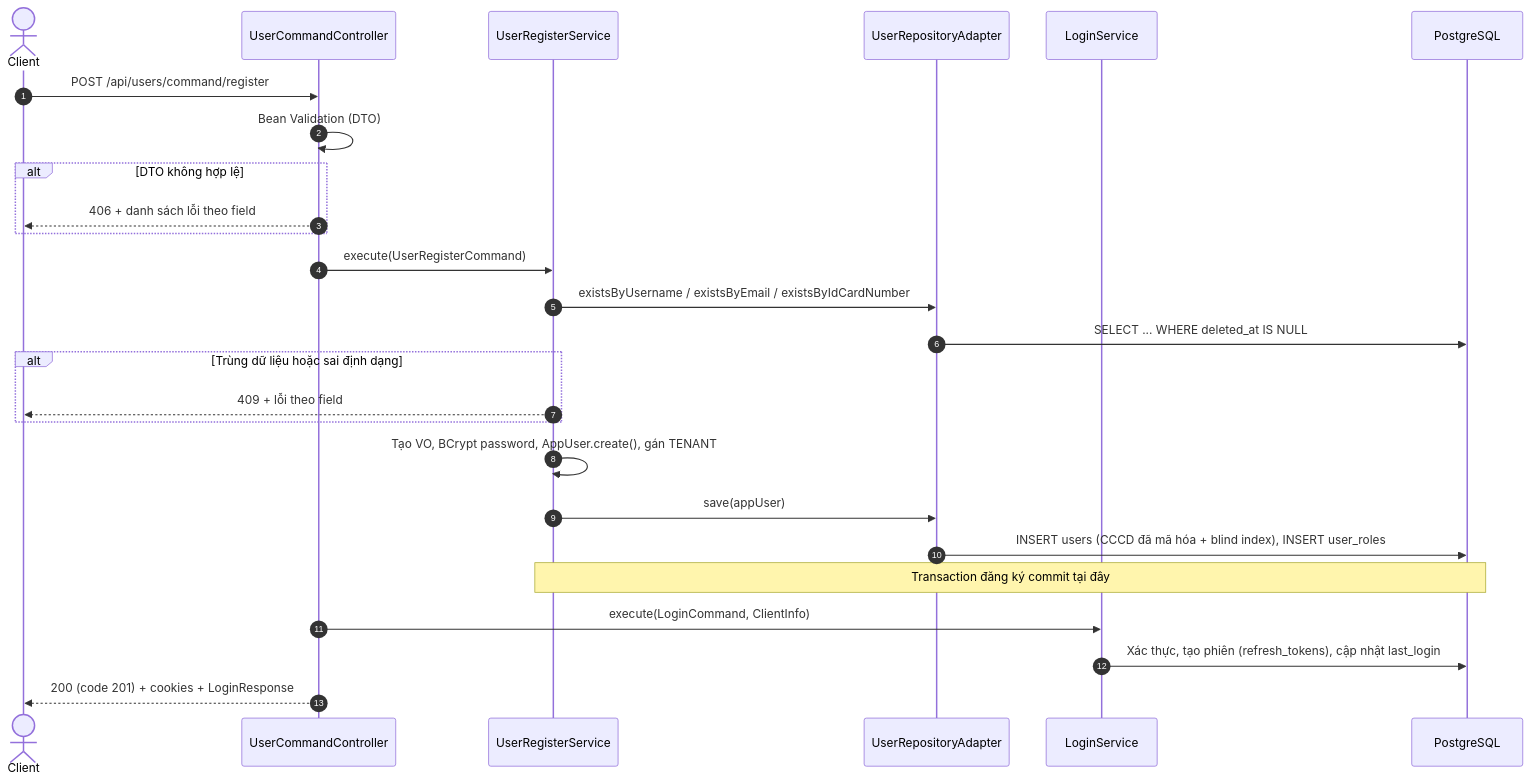
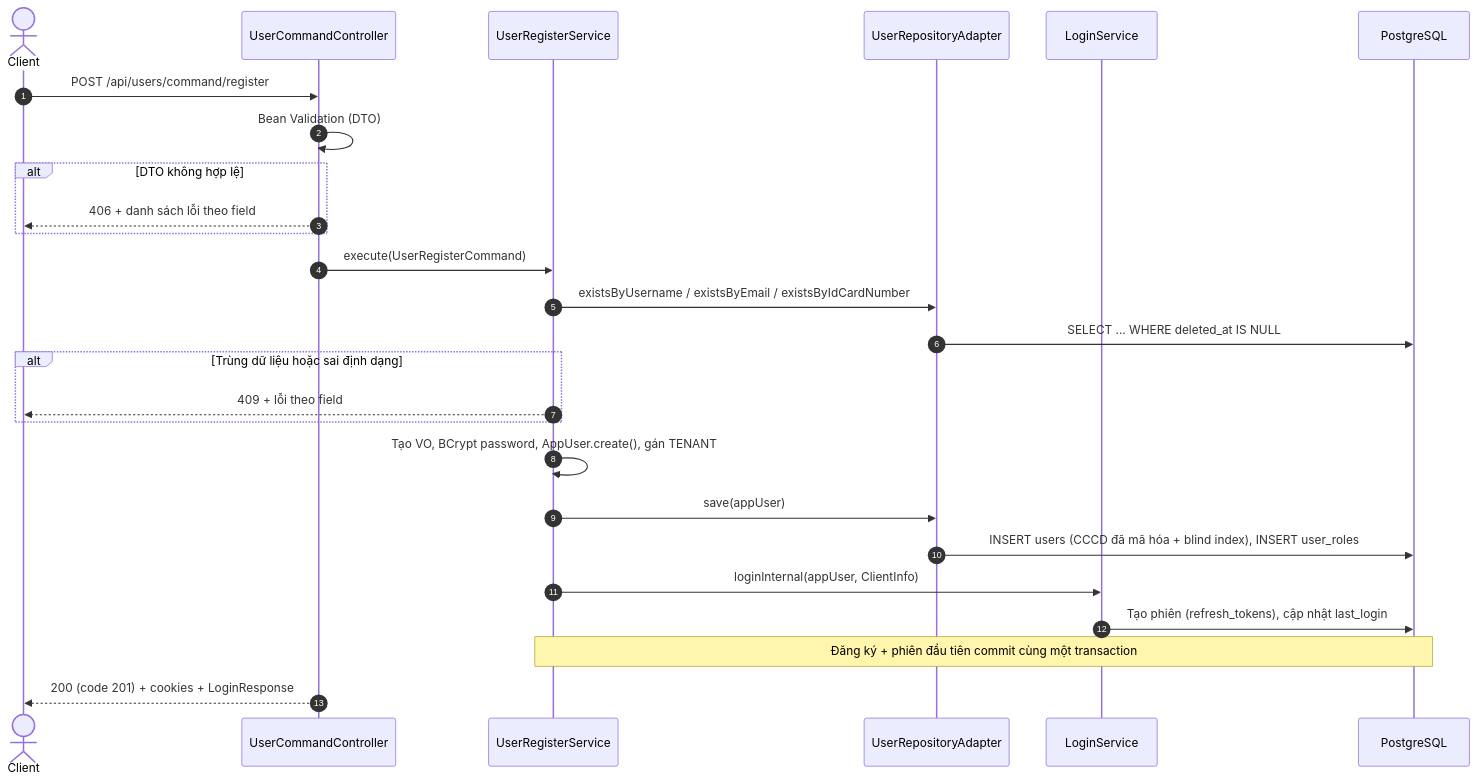
Before and after one commit to SunvibeVn/sunvibe-server: the diagram in dev_docs/auth/01_AUTH_REGISTER_FLOW.md, drawn with Mermaid. The commit also changed other lines of this file and 156 other files, not shown here.

````diff
--- a/dev_docs/auth/01_AUTH_REGISTER_FLOW.md
+++ b/dev_docs/auth/01_AUTH_REGISTER_FLOW.md
@@ -85,29 +85,29 @@
 ```mermaid
 sequenceDiagram
     autonumber
     actor C as Client
     participant UC as UserCommandController
     participant RS as UserRegisterService
     participant UR as UserRepositoryAdapter
     participant LS as LoginService
     participant DB as PostgreSQL
 
     C->>UC: POST /api/users/command/register
     UC->>UC: Bean Validation (DTO)
     alt DTO không hợp lệ
         UC-->>C: 406 + danh sách lỗi theo field
     end
     UC->>RS: execute(UserRegisterCommand)
     RS->>UR: existsByUsername / existsByEmail / existsByIdCardNumber
     UR->>DB: SELECT ... WHERE deleted_at IS NULL
     alt Trùng dữ liệu hoặc sai định dạng
         RS-->>C: 409 + lỗi theo field
     end
     RS->>RS: Tạo VO, BCrypt password, AppUser.create(), gán TENANT
     RS->>UR: save(appUser)
     UR->>DB: INSERT users (CCCD đã mã hóa + blind index), INSERT user_roles
-    Note over RS,DB: Transaction đăng ký commit tại đây
-    UC->>LS: execute(LoginCommand, ClientInfo)
-    LS->>DB: Xác thực, tạo phiên (refresh_tokens), cập nhật last_login
+    RS->>LS: loginInternal(appUser, ClientInfo)
+    LS->>DB: Tạo phiên (refresh_tokens), cập nhật last_login
+    Note over RS,DB: Đăng ký + phiên đầu tiên commit cùng một transaction
     UC-->>C: 200 (code 201) + cookies + LoginResponse
 ```
````
